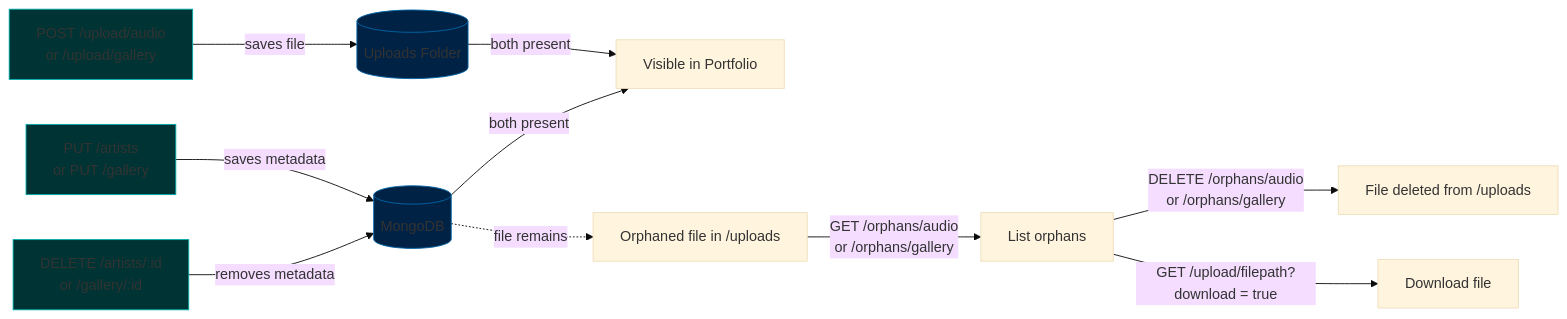
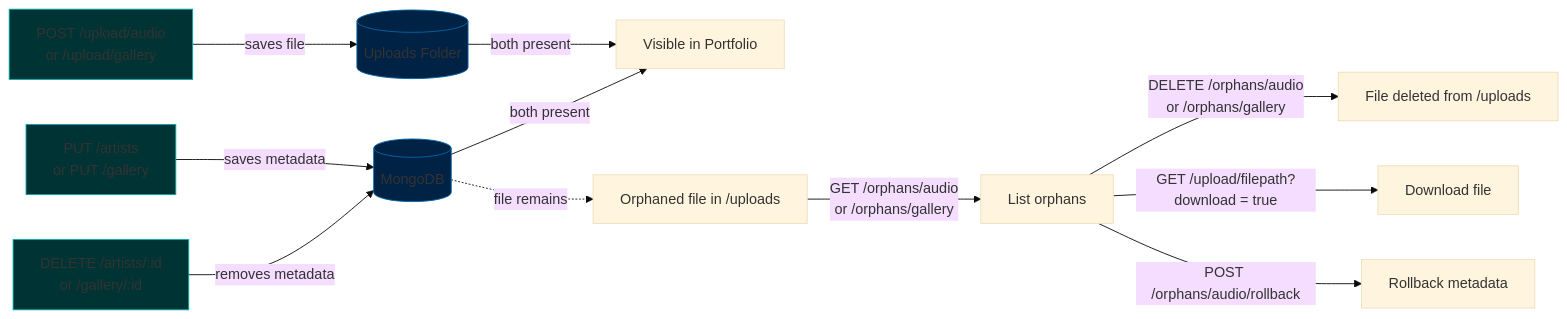
Before and after one commit to hakamir/Portfolio-Block-3: the fifth of 8 diagrams in README.md, drawn with Mermaid (base theme).

Commit message:
doc(upload): Add rollback functionality in mermaid graph

````diff
--- a/README.md
+++ b/README.md
@@ -250,18 +250,19 @@
 ```mermaid
 flowchart LR
     classDef cyan fill: #033, stroke: #0aa 
     classDef blue fill: #024, stroke: #06a
     Upload["POST /upload/audio\nor /upload/gallery"]:::cyan
     Meta["PUT /artists\nor PUT /gallery"]:::cyan
     DeleteDoc["DELETE /artists/:id\nor /gallery/:id"]:::cyan
     FS[(Uploads Folder)]:::blue
     DB[(MongoDB)]:::blue
     Upload -->|saves file| FS
     Meta -->|saves metadata| DB
     FS & DB -->|both present| Published[Visible in Portfolio]
     DeleteDoc -->|removes metadata| DB
     DB -.->|file remains| Orphan[Orphaned file in /uploads]
     Orphan -->|GET /orphans/audio\nor /orphans/gallery| List[List orphans]
     List -->|DELETE /orphans/audio\nor /orphans/gallery| Cleaned[File deleted from /uploads]
     List -->|GET /upload/filepath?download = true| Download[Download file]
+    List -->|POST /orphans/audio/rollback| Rollback[Rollback metadata]
 ```
````
